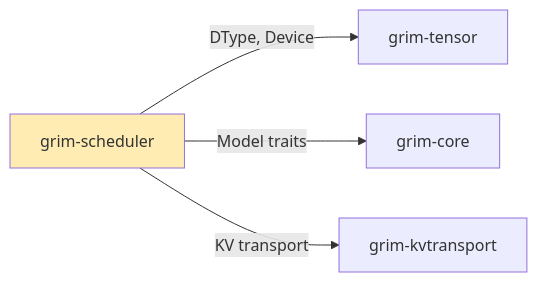
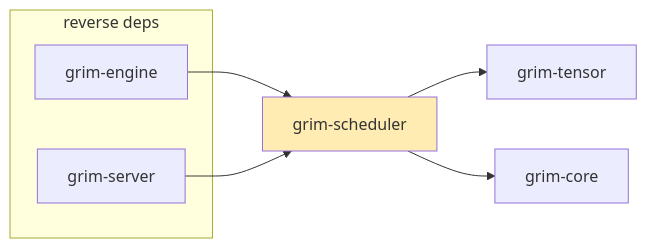
One commit to sydonayrex/grim changed the diagram in crates/grim-scheduler/README.md. Above: the diagram before and after it, drawn with Mermaid. The commit also changed other lines of this file and 55 other files, not shown here.

````diff
--- a/crates/grim-scheduler/README.md
+++ b/crates/grim-scheduler/README.md
@@ -22,8 +17,15 @@
 ```mermaid
 graph LR
-    A[grim-scheduler] -->|DType, Device| B[grim-tensor]
-    A -->|Model traits| C[grim-core]
-    A -->|KV transport| D[grim-kvtransport]
-    
+    A[grim-scheduler] --> B[grim-tensor]
+    A --> C[grim-core]
+
+    subgraph "reverse deps"
+        D1[grim-engine]
+        D2[grim-server]
+    end
+
+    D1 --> A
+    D2 --> A
+
     style A fill:#ffecb3
 ```
````
